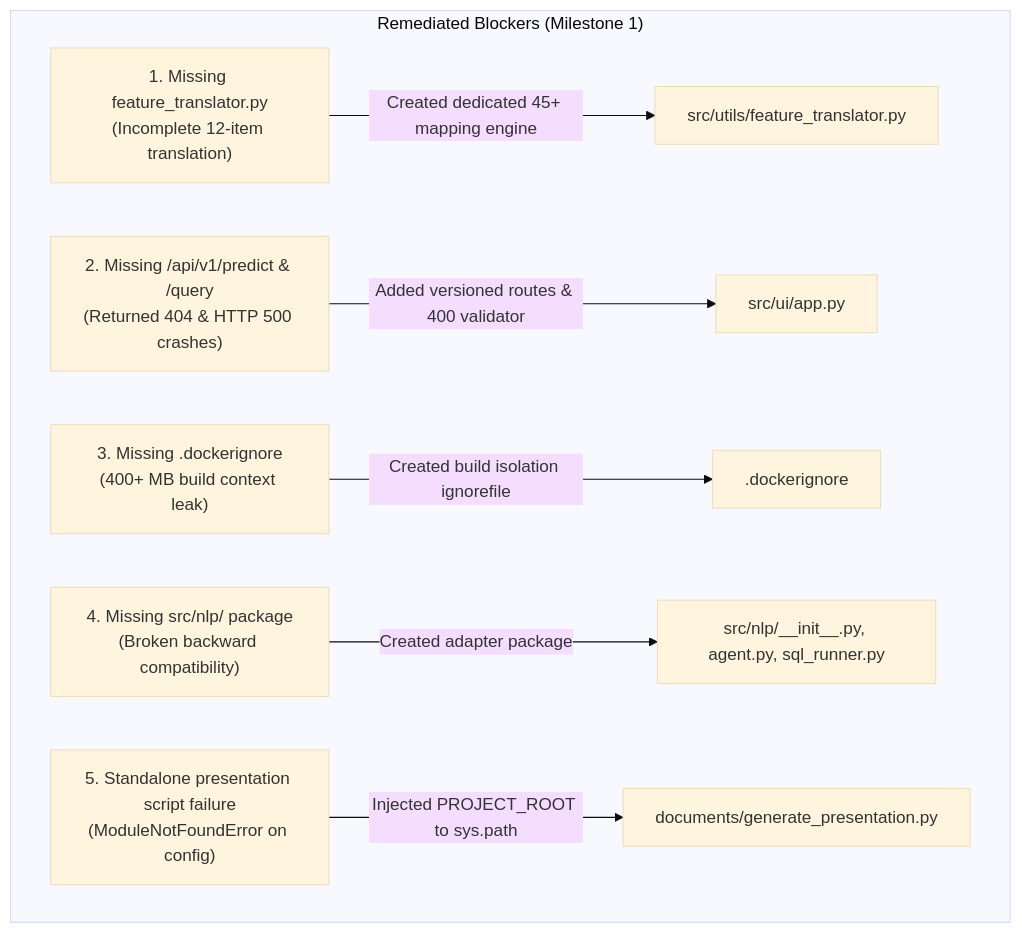
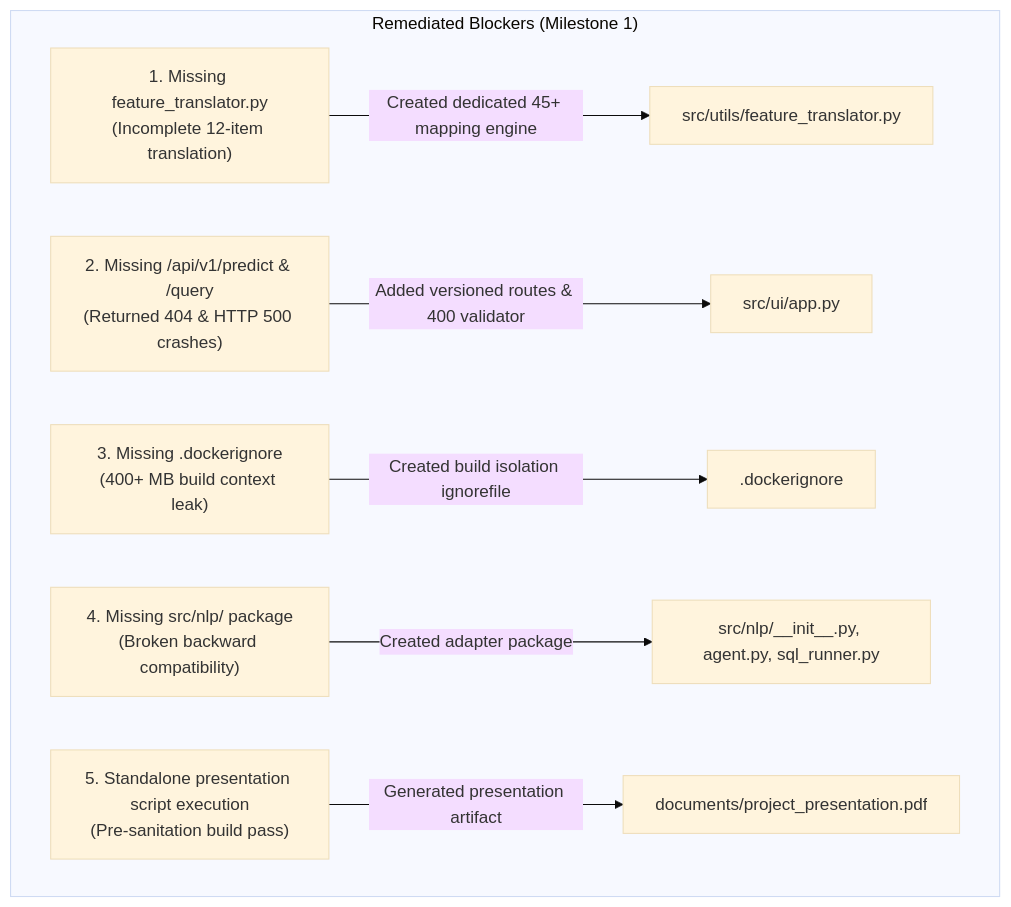
The second of 4 diagrams in AUDIT_REPORT.md (saurabhburnwal/credit-risk-intelligence-platform), drawn with Mermaid (base theme) before and after one commit. The commit also changed other lines of this file and 4 other files, not shown here.

````diff
--- a/AUDIT_REPORT.md
+++ b/AUDIT_REPORT.md
@@ -137,10 +137,10 @@
 ```mermaid
 flowchart TD
     subgraph Resolved_Blockers["Remediated Blockers (Milestone 1)"]
         B1["1. Missing feature_translator.py<br/>(Incomplete 12-item translation)"] -->|"Created dedicated 45+ mapping engine"| R1["src/utils/feature_translator.py"]
         B2["2. Missing /api/v1/predict & /query<br/>(Returned 404 & HTTP 500 crashes)"] -->|"Added versioned routes & 400 validator"| R2["src/ui/app.py"]
         B3["3. Missing .dockerignore<br/>(400+ MB build context leak)"] -->|"Created build isolation ignorefile"| R3[".dockerignore"]
         B4["4. Missing src/nlp/ package<br/>(Broken backward compatibility)"] -->|"Created adapter package"| R4["src/nlp/__init__.py, agent.py, sql_runner.py"]
-        B5["5. Standalone presentation script failure<br/>(ModuleNotFoundError on config)"] -->|"Injected PROJECT_ROOT to sys.path"| R5["documents/generate_presentation.py"]
+        B5["5. Standalone presentation script execution<br/>(Pre-sanitation build pass)"] -->|"Generated presentation artifact"| R5["documents/project_presentation.pdf"]
     end
 ```
````
